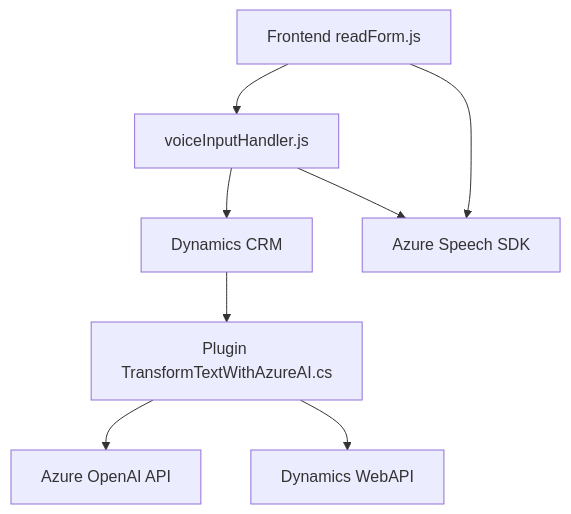
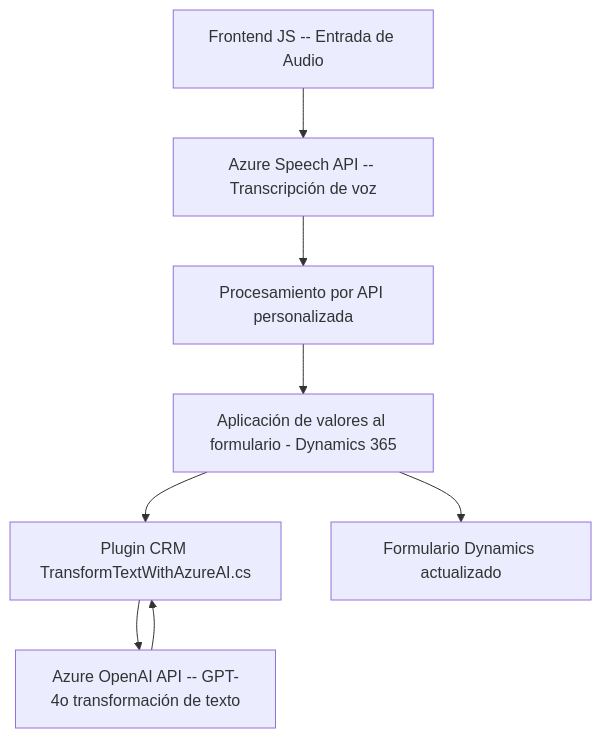
The diagram in README.md (blopezdm/NETCORE_BILBAO2025), drawn with Mermaid before and after one commit. The commit also changed other lines of this file, not shown here.

````diff
--- a/README.md
+++ b/README.md
@@ -71,10 +54,18 @@
 ```mermaid
 graph TD
-    A["Frontend readForm.js"] --> B["voiceInputHandler.js"]
-    B --> C["Dynamics CRM"]
-    C --> D["Plugin TransformTextWithAzureAI.cs"]
-    D --> E["Azure OpenAI API"]
-    A --> F["Azure Speech SDK"]
-    B --> F
-    D --> G["Dynamics WebAPI"]
+    A["Frontend JS -- Entrada de Audio"]
+    B["Azure Speech API -- Transcripción de voz"]
+    C["Procesamiento por API personalizada"]
+    D["Aplicación de valores al formulario - Dynamics 365"]
+    E["Plugin CRM TransformTextWithAzureAI.cs"]
+    F["Azure OpenAI API -- GPT-4o transformación de texto"]
+    G["Formulario Dynamics actualizado"]
+
+    A --> B
+    B --> C
+    C --> D
+    D --> G
+    D --> E
+    E --> F
+    F --> E
 ```
````
